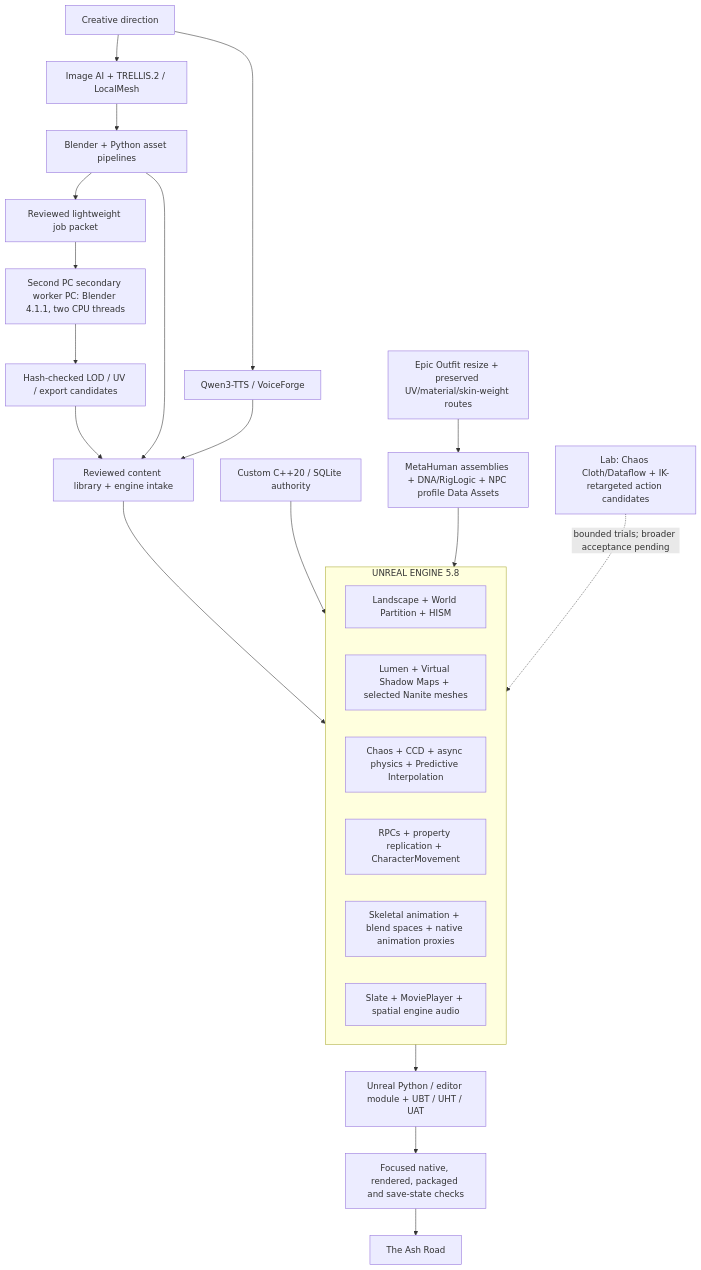
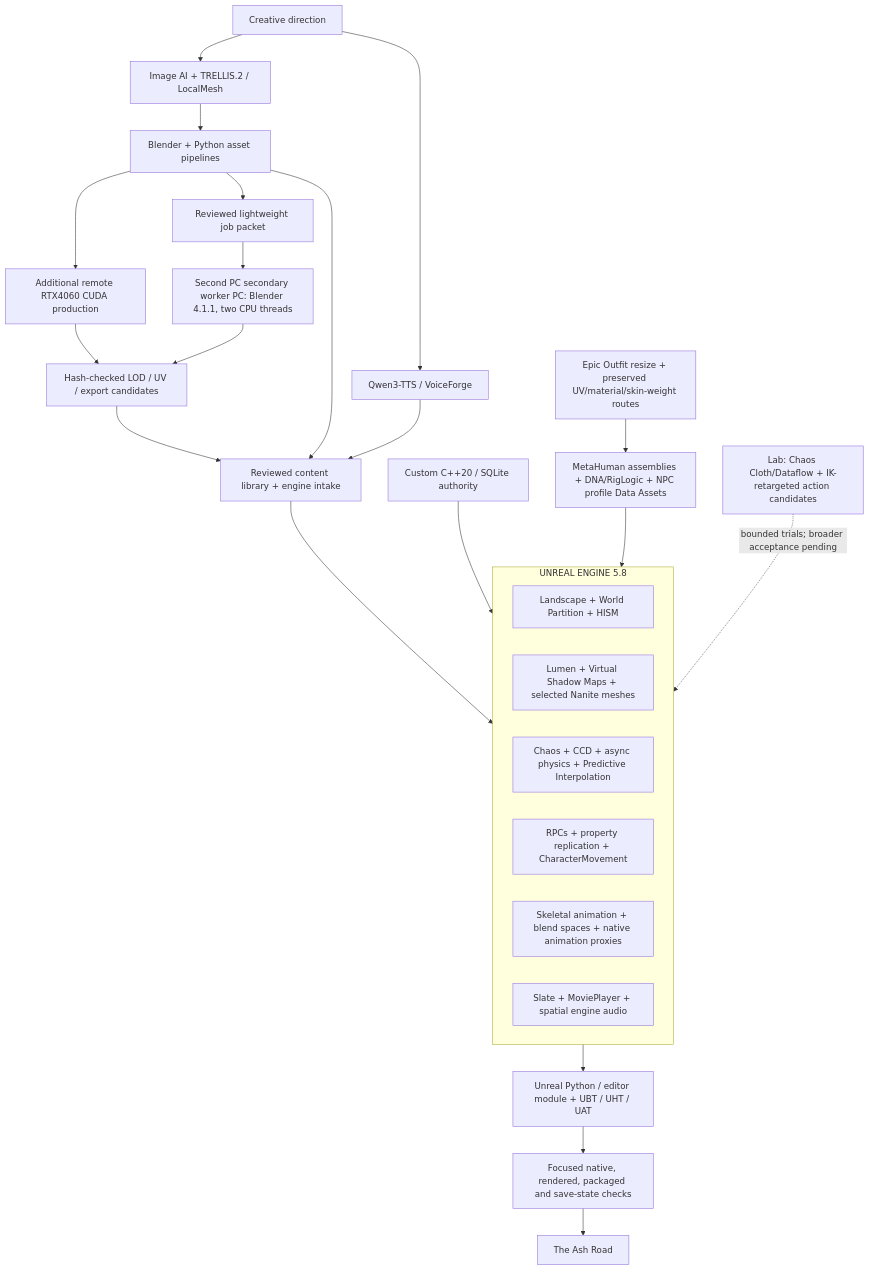
One commit to CA-The-destroyer/G-Ash_Road_ep1 changed the diagram in docs/diagrams/ash-road-system-design.md. Above: the diagram before and after it, drawn with Mermaid. The commit also changed other lines of this file and 22 other files, not shown here.

Commit message:
docs: refresh November4 metrics, Journey52 status and compute diagrams

````diff
--- a/docs/diagrams/ash-road-system-design.md
+++ b/docs/diagrams/ash-road-system-design.md
@@ -5,28 +5,30 @@
 ```mermaid
 flowchart TB
     D["Creative direction"] --> A["Image AI + TRELLIS.2 / LocalMesh"]
     D --> V["Qwen3-TTS / VoiceForge"]
     A --> B["Blender + Python asset pipelines"]
+    B --> remoteCuda["Additional remote RTX4060 CUDA production"]
+    remoteCuda --> candidateReview
     B --> workerPacket["Reviewed lightweight job packet"]
     workerPacket --> remoteWorker["Second PC secondary worker PC: Blender 4.1.1, two CPU threads"]
     remoteWorker --> candidateReview["Hash-checked LOD / UV / export candidates"]
     candidateReview --> L
     B --> L["Reviewed content library + engine intake"]
     V --> L
     L --> U
     subgraph U["UNREAL ENGINE 5.8"]
         W["Landscape + World Partition + HISM"]
         R["Lumen + Virtual Shadow Maps + selected Nanite meshes"]
         P["Chaos + CCD + async physics + Predictive Interpolation"]
         N["RPCs + property replication + CharacterMovement"]
         AN["Skeletal animation + blend spaces + native animation proxies"]
         UI["Slate + MoviePlayer + spatial engine audio"]
     end
     C["Custom C++20 / SQLite authority"] --> U
     M["MetaHuman assemblies + DNA/RigLogic + NPC profile Data Assets"] --> U
     O["Epic Outfit resize + preserved UV/material/skin-weight routes"] --> M
     LAB["Lab: Chaos Cloth/Dataflow + IK-retargeted action candidates"] -. "bounded trials; broader acceptance pending" .-> U
     U --> E["Unreal Python / editor module + UBT / UHT / UAT"]
     E --> Q["Focused native, rendered, packaged and save-state checks"]
     Q --> G["The Ash Road"]
 ```
````
